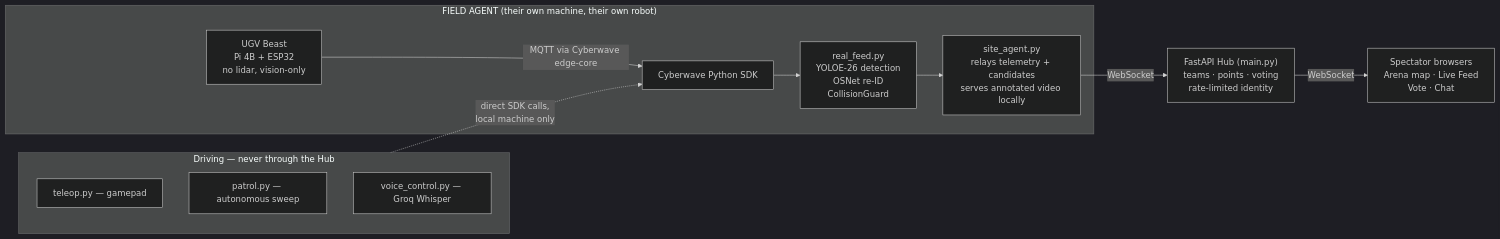
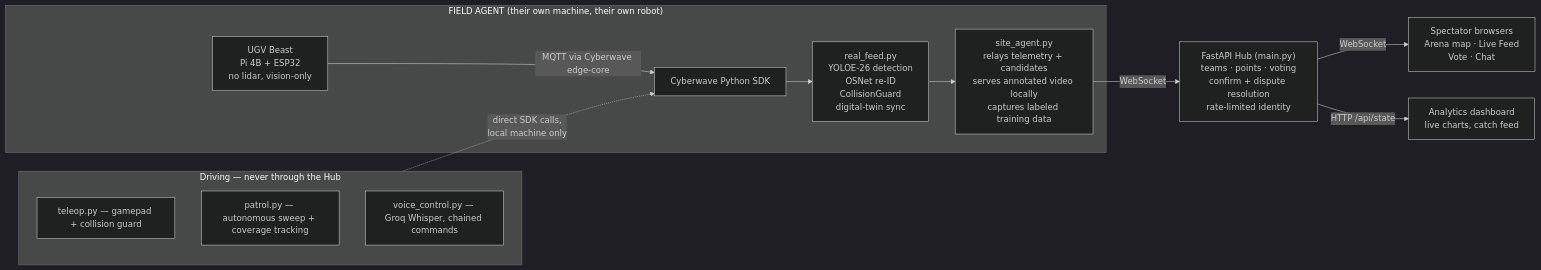
One commit to ashish-doing/Quarry changed the diagram in README.md. Above: the diagram before and after it, drawn with Mermaid (dark theme). The commit also changed other lines of this file, not shown here.

Commit message:
docs: rewrite README to reflect current confirmed state — live multi-robot, twin sync, data flywheel, analytics dashboard, updated Known Limitations

````diff
--- a/README.md
+++ b/README.md
@@ -58,19 +63,20 @@
 ```mermaid
 flowchart LR
     subgraph FieldAgent["FIELD AGENT (their own machine, their own robot)"]
         UGV["UGV Beast\nPi 4B + ESP32\nno lidar, vision-only"]
         UGV -- "MQTT via Cyberwave edge-core" --> SDK["Cyberwave Python SDK"]
-        SDK --> RF["real_feed.py\nYOLOE-26 detection\nOSNet re-ID\nCollisionGuard"]
-        RF --> SA["site_agent.py\nrelays telemetry + candidates\nserves annotated video locally"]
+        SDK --> RF["real_feed.py\nYOLOE-26 detection\nOSNet re-ID\nCollisionGuard\ndigital-twin sync"]
+        RF --> SA["site_agent.py\nrelays telemetry + candidates\nserves annotated video locally\ncaptures labeled training data"]
     end
 
-    SA -- "WebSocket" --> HUB["FastAPI Hub (main.py)\nteams · points · voting\nrate-limited identity"]
+    SA -- "WebSocket" --> HUB["FastAPI Hub (main.py)\nteams · points · voting\nconfirm + dispute resolution\nrate-limited identity"]
     HUB -- "WebSocket" --> SPEC["Spectator browsers\nArena map · Live Feed\nVote · Chat"]
+    HUB -- "HTTP /api/state" --> DASH["Analytics dashboard\nlive charts, catch feed"]
 
     subgraph Control["Driving — never through the Hub"]
-        TP["teleop.py — gamepad"]
-        PT["patrol.py — autonomous sweep"]
-        VC["voice_control.py — Groq Whisper"]
+        TP["teleop.py — gamepad + collision guard"]
+        PT["patrol.py — autonomous sweep + coverage tracking"]
+        VC["voice_control.py — Groq Whisper, chained commands"]
     end
     Control -.->|"direct SDK calls,\nlocal machine only"| SDK
 ```
````
